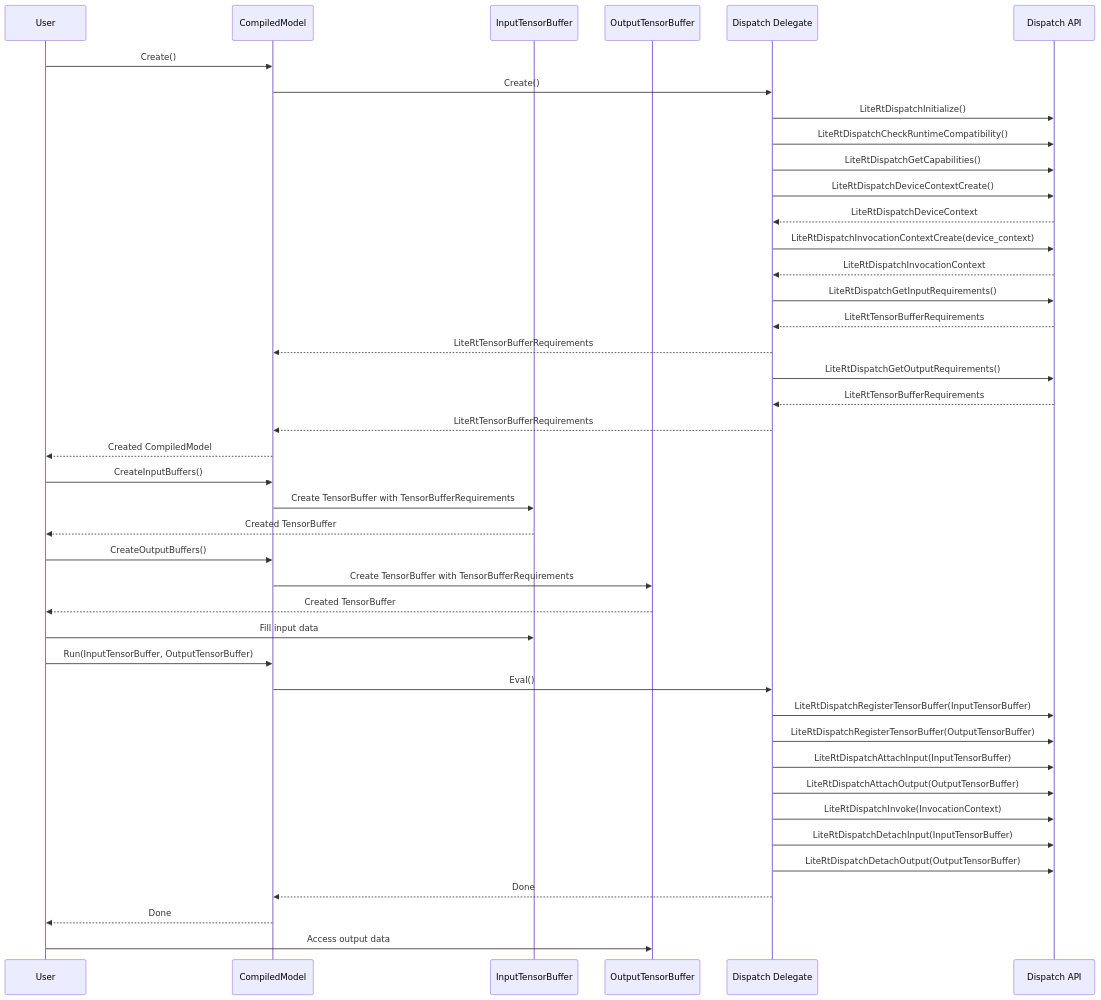
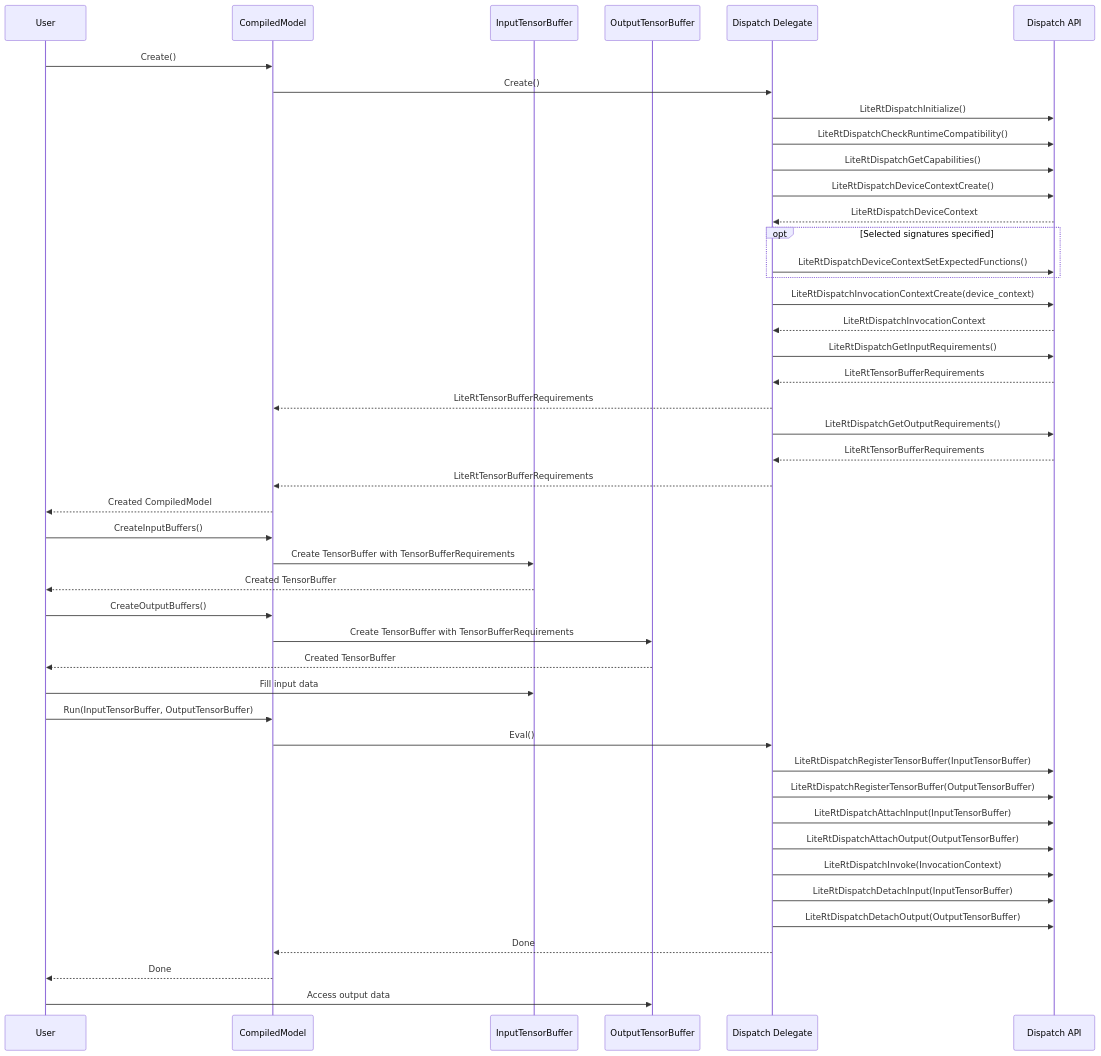
Before and after one commit to google-ai-edge/LiteRT: the first of 2 diagrams in litert/DISPATCH_API.md, drawn with Mermaid. The commit also changed other lines of this file and 21 other files, not shown here.

````diff
--- a/litert/DISPATCH_API.md
+++ b/litert/DISPATCH_API.md
@@ -52,50 +52,53 @@
 ```mermaid
 sequenceDiagram
     participant User
     participant CompiledModel
     participant InputTensorBuffer
     participant OutputTensorBuffer
     participant Delegate as Dispatch Delegate
     participant Dispatch as Dispatch API
 
     User->>CompiledModel: Create()
     CompiledModel->>Delegate: Create()
     Delegate->>Dispatch: LiteRtDispatchInitialize()
     Delegate->>Dispatch: LiteRtDispatchCheckRuntimeCompatibility()
     Delegate->>Dispatch: LiteRtDispatchGetCapabilities()
     Delegate->>Dispatch: LiteRtDispatchDeviceContextCreate()
     Dispatch-->>Delegate: LiteRtDispatchDeviceContext
+    opt Selected signatures specified
+        Delegate->>Dispatch: LiteRtDispatchDeviceContextSetExpectedFunctions()
+    end
     Delegate->>Dispatch: LiteRtDispatchInvocationContextCreate(device_context)
     Dispatch-->>Delegate: LiteRtDispatchInvocationContext
     Delegate->>Dispatch: LiteRtDispatchGetInputRequirements()
     Dispatch-->>Delegate: LiteRtTensorBufferRequirements
     Delegate-->>CompiledModel: LiteRtTensorBufferRequirements
     Delegate->>Dispatch: LiteRtDispatchGetOutputRequirements()
     Dispatch-->>Delegate: LiteRtTensorBufferRequirements
     Delegate-->>CompiledModel: LiteRtTensorBufferRequirements
     CompiledModel-->>User: Created CompiledModel
 
     User->>CompiledModel: CreateInputBuffers()
     CompiledModel->>InputTensorBuffer: Create TensorBuffer with TensorBufferRequirements
     InputTensorBuffer-->>User: Created TensorBuffer
 
     User->>CompiledModel: CreateOutputBuffers()
     CompiledModel->>OutputTensorBuffer: Create TensorBuffer with TensorBufferRequirements
     OutputTensorBuffer-->>User: Created TensorBuffer
 
     User->>InputTensorBuffer: Fill input data
 
     User->>CompiledModel: Run(InputTensorBuffer, OutputTensorBuffer)
     CompiledModel->>Delegate: Eval()
     Delegate->>Dispatch: LiteRtDispatchRegisterTensorBuffer(InputTensorBuffer)
     Delegate->>Dispatch: LiteRtDispatchRegisterTensorBuffer(OutputTensorBuffer)
     Delegate->>Dispatch: LiteRtDispatchAttachInput(InputTensorBuffer)
     Delegate->>Dispatch: LiteRtDispatchAttachOutput(OutputTensorBuffer)
     Delegate->>Dispatch: LiteRtDispatchInvoke(InvocationContext)
     Delegate->>Dispatch: LiteRtDispatchDetachInput(InputTensorBuffer)
     Delegate->>Dispatch: LiteRtDispatchDetachOutput(OutputTensorBuffer)
     Delegate-->>CompiledModel: Done
     CompiledModel-->>User: Done
 
     User->>OutputTensorBuffer: Access output data
 ```
````
